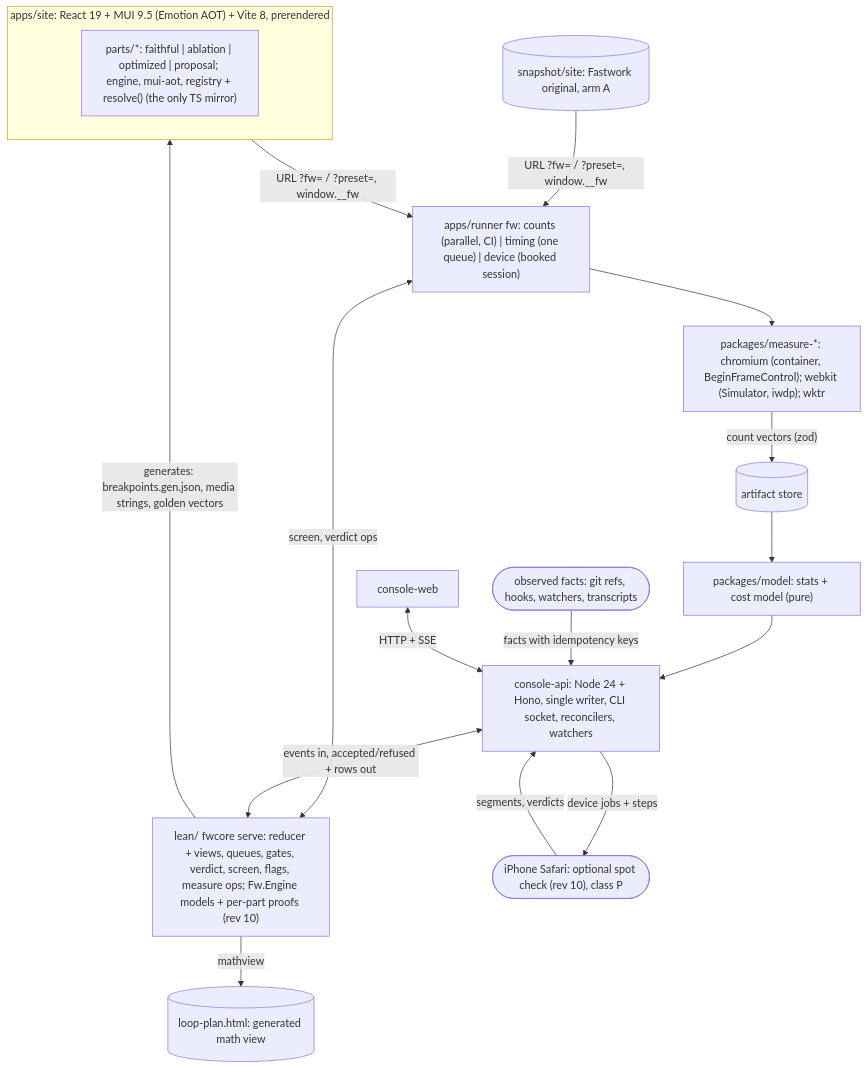
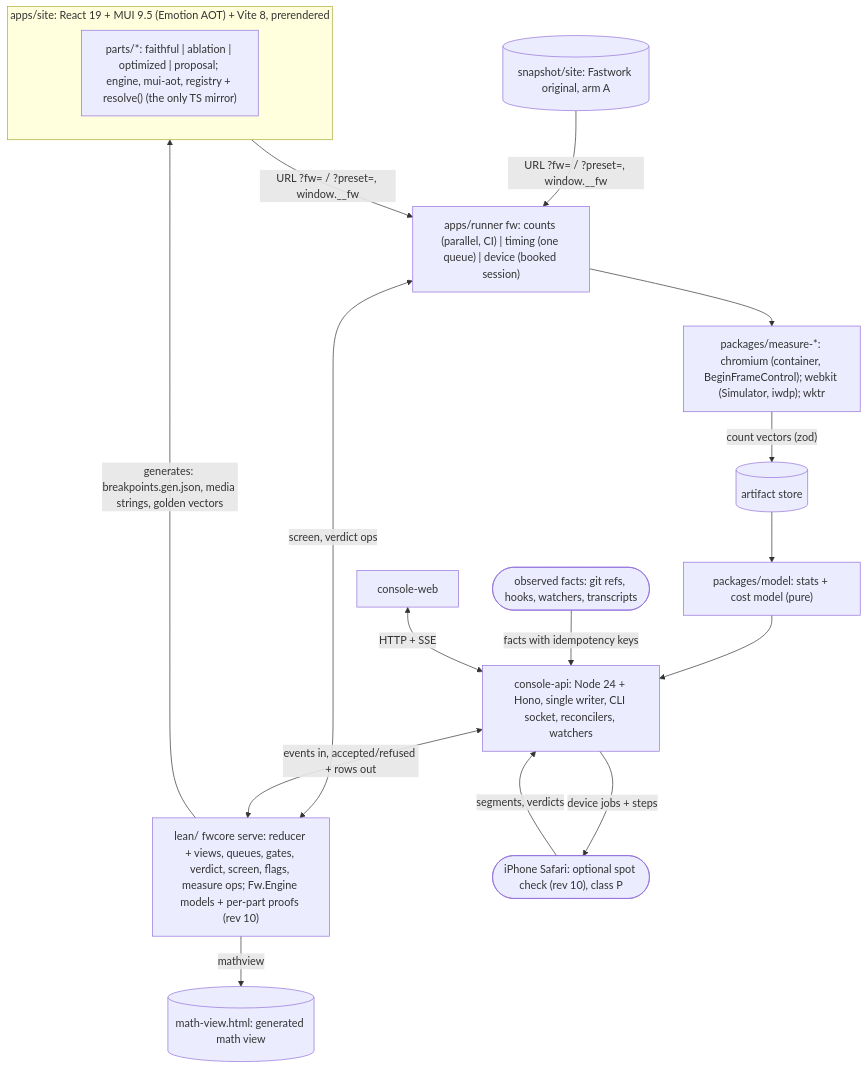
One commit to kitimark/lean-loop-engineer-the-fastwork-web-optimize changed the diagram in docs/plan/PLAN.md. Above: the diagram before and after it, drawn with Mermaid. The commit also changed other lines of this file and 5 other files, not shown here.

First line of the commit message:
plan page round 2: phone width, Now stamp, rev 10 wording, math-view 10.5 MB, docs

````diff
--- a/docs/plan/PLAN.md
+++ b/docs/plan/PLAN.md
@@ -267,25 +267,25 @@
 ```mermaid
 flowchart TB
   subgraph SITE["apps/site: React 19 + MUI 9.5 (Emotion AOT) + Vite 8, prerendered"]
     PARTS["parts/*: faithful | ablation | optimized | proposal; engine, mui-aot, registry + resolve() (the only TS mirror)"]
   end
   SNAP[("snapshot/site: Fastwork original, arm A")]
   LANES["apps/runner fw: counts (parallel, CI) | timing (one queue) | device (booked session)"]
   MEAS["packages/measure-*: chromium (container, BeginFrameControl); webkit (Simulator, iwdp); wktr"]
   AS[("artifact store")]
   CM["packages/model: stats + cost model (pure)"]
   FW["lean/ fwcore serve: reducer + views, queues, gates, verdict, screen, flags, measure ops; Fw.Engine models + per-part proofs (rev 10)"]
   API["console-api: Node 24 + Hono, single writer, CLI socket, reconcilers, watchers"]
   WEB["console-web"]
   OBS(["observed facts: git refs, hooks, watchers, transcripts"])
-  MV[("loop-plan.html: generated math view")]
+  MV[("math-view.html: generated math view")]
   PHONE(["iPhone Safari: optional spot check (rev 10), class P"])
 
   SITE & SNAP -- "URL ?fw= / ?preset=, window.__fw" --> LANES --> MEAS -- "count vectors (zod)" --> AS --> CM --> API
   LANES <-- "screen, verdict ops" --> FW
   API <-- "events in, accepted/refused + rows out" --> FW
   OBS -- "facts with idempotency keys" --> API
   FW -- "mathview" --> MV
   WEB <-- "HTTP + SSE" --> API -- "device jobs + steps" --> PHONE -- "segments, verdicts" --> API
   FW -- "generates: breakpoints.gen.json, media strings, golden vectors" --> SITE
 ```
````
